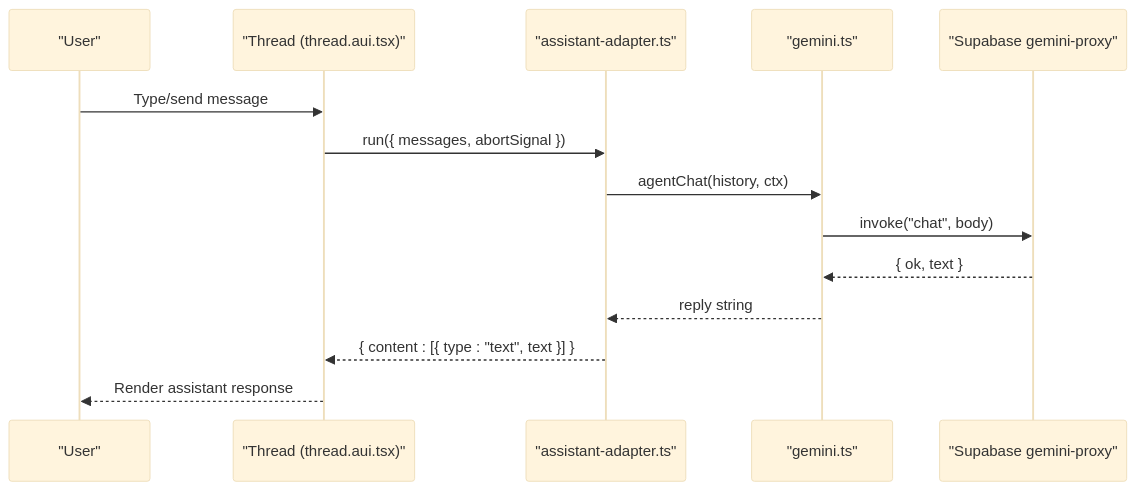
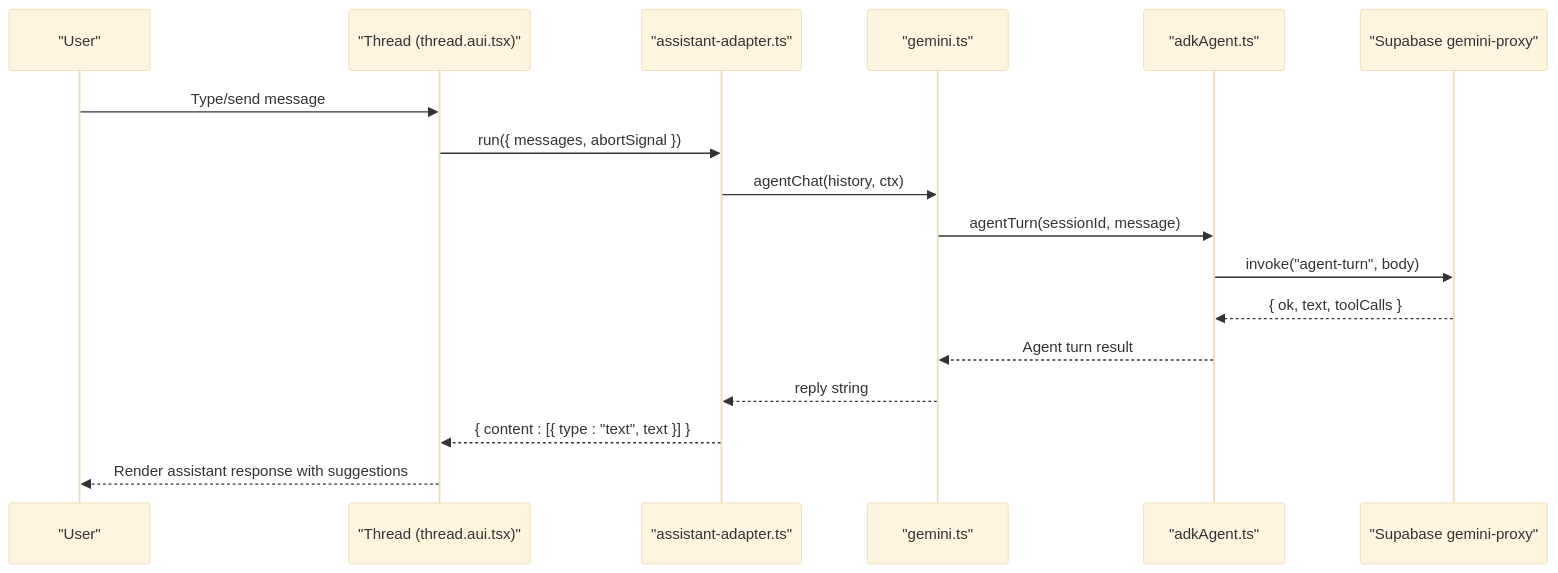
One commit to MudassarAbrar/FreshRoute-Ai changed the second of 15 diagrams in .qoder/repowiki/en/content/AI Integration/Assistant UI Components.md. Above: the diagram before and after it, drawn with Mermaid (base theme). The commit also changed other lines of this file and 105 other files, not shown here.

````diff
--- a/.qoder/repowiki/en/content/AI Integration/Assistant UI Components.md
+++ b/.qoder/repowiki/en/content/AI Integration/Assistant UI Components.md
@@ -106,16 +133,19 @@
 ```mermaid
 sequenceDiagram
 participant User as "User"
 participant Thread as "Thread (thread.aui.tsx)"
 participant Adapter as "assistant-adapter.ts"
 participant Gemini as "gemini.ts"
+participant ADK as "adkAgent.ts"
 participant Proxy as "Supabase gemini-proxy"
 User->>Thread : Type/send message
 Thread->>Adapter : run({ messages, abortSignal })
 Adapter->>Gemini : agentChat(history, ctx)
-Gemini->>Proxy : invoke("chat", body)
-Proxy-->>Gemini : { ok, text }
+Gemini->>ADK : agentTurn(sessionId, message)
+ADK->>Proxy : invoke("agent-turn", body)
+Proxy-->>ADK : { ok, text, toolCalls }
+ADK-->>Gemini : Agent turn result
 Gemini-->>Adapter : reply string
 Adapter-->>Thread : { content : [{ type : "text", text }] }
-Thread-->>User : Render assistant response
+Thread-->>User : Render assistant response with suggestions
 ```
````
